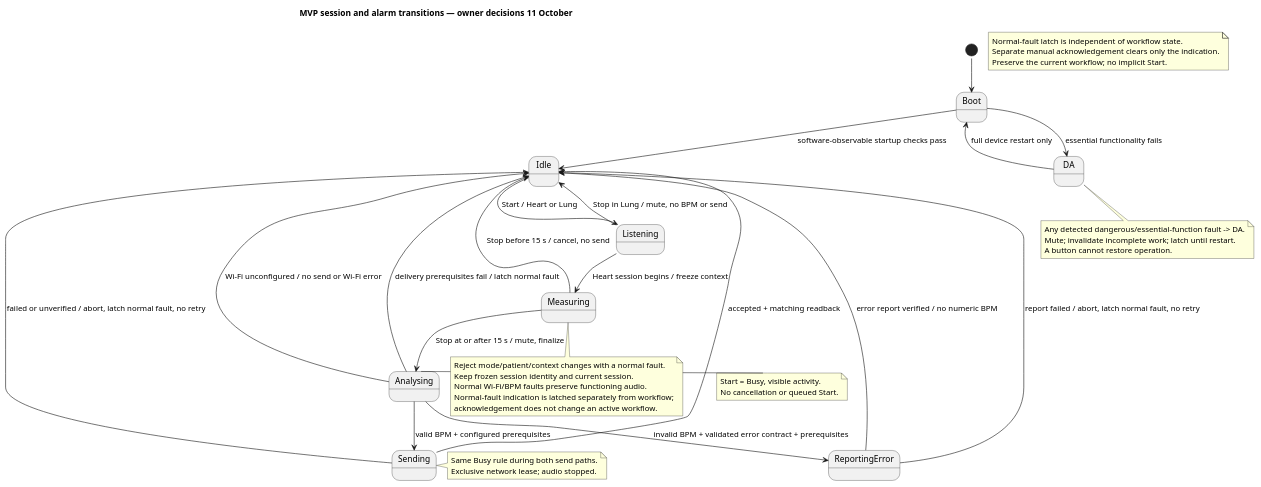
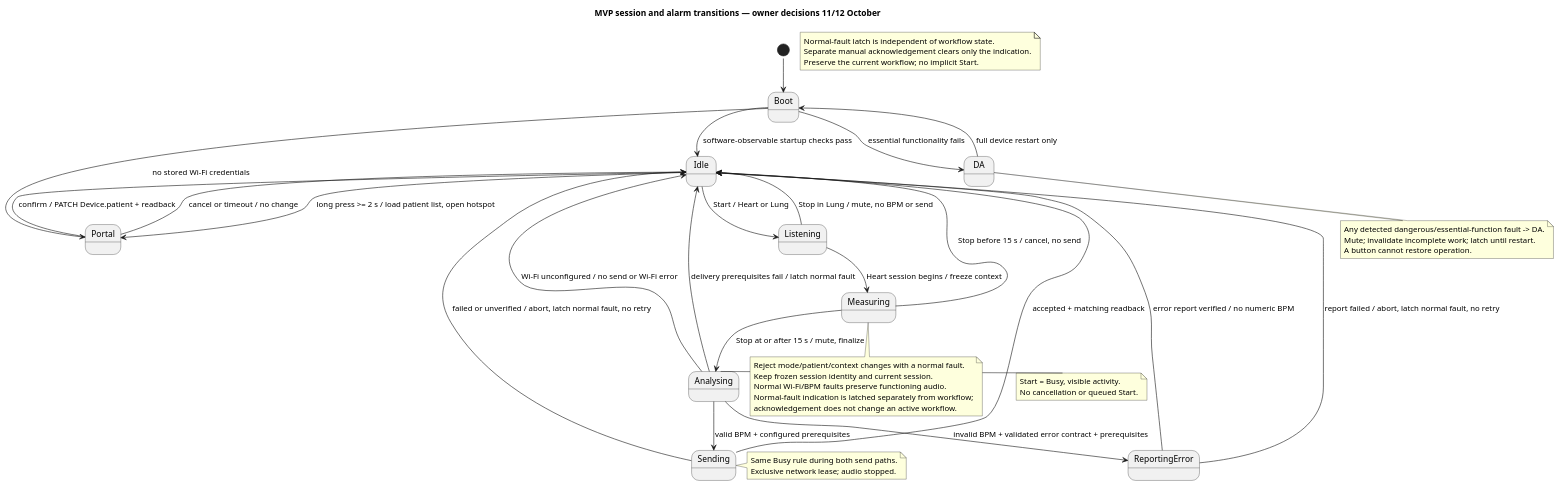
The diagram in Development/system/architecture/mvp-session-state.puml (DemonicPsychoII/DigitalStethoscope), drawn with PlantUML before and after one commit. The commit also changed 23 other files, not shown here.

First line of the commit message:
Document hotspot patient assignment as MVP scope

```diff
--- a/Development/system/architecture/mvp-session-state.puml
+++ b/Development/system/architecture/mvp-session-state.puml
@@ -1,48 +1,52 @@
 @startuml mvp_session_state
 !pragma layout smetana
 skinparam shadowing false
 skinparam defaultFontName SansSerif
-title MVP session and alarm transitions — owner decisions 11 October
+title MVP session and alarm transitions — owner decisions 11/12 October
 [*] --> Boot
 Boot --> Idle : software-observable startup checks pass
 Boot --> DA : essential functionality fails
 Idle --> Listening : Start / Heart or Lung
+Boot --> Portal : no stored Wi-Fi credentials
+Idle --> Portal : long press >= 2 s / load patient list, open hotspot
+Portal --> Idle : confirm / PATCH Device.patient + readback
+Portal --> Idle : cancel or timeout / no change
 Listening --> Measuring : Heart session begins / freeze context
 Listening --> Idle : Stop in Lung / mute, no BPM or send
 Measuring --> Idle : Stop before 15 s / cancel, no send
 Measuring --> Analysing : Stop at or after 15 s / mute, finalize
 Analysing --> Sending : valid BPM + configured prerequisites
 Analysing --> ReportingError : invalid BPM + validated error contract + prerequisites
 Analysing --> Idle : Wi-Fi unconfigured / no send or Wi-Fi error
 Analysing --> Idle : delivery prerequisites fail / latch normal fault
 Sending --> Idle : accepted + matching readback
 Sending --> Idle : failed or unverified / abort, latch normal fault, no retry
 ReportingError --> Idle : error report verified / no numeric BPM
 ReportingError --> Idle : report failed / abort, latch normal fault, no retry
 note as NormalFaultIndication
   Normal-fault latch is independent of workflow state.
   Separate manual acknowledgement clears only the indication.
   Preserve the current workflow; no implicit Start.
 end note
 DA --> Boot : full device restart only
 note right of Analysing
   Start = Busy, visible activity.
   No cancellation or queued Start.
 end note
 note right of Sending
   Same Busy rule during both send paths.
   Exclusive network lease; audio stopped.
 end note
 note bottom of Measuring
   Reject mode/patient/context changes with a normal fault.
   Keep frozen session identity and current session.
   Normal Wi-Fi/BPM faults preserve functioning audio.
   Normal-fault indication is latched separately from workflow;
   acknowledgement does not change an active workflow.
 end note
 note bottom of DA
   Any detected dangerous/essential-function fault -> DA.
   Mute; invalidate incomplete work; latch until restart.
   A button cannot restore operation.
 end note
 @enduml
```
